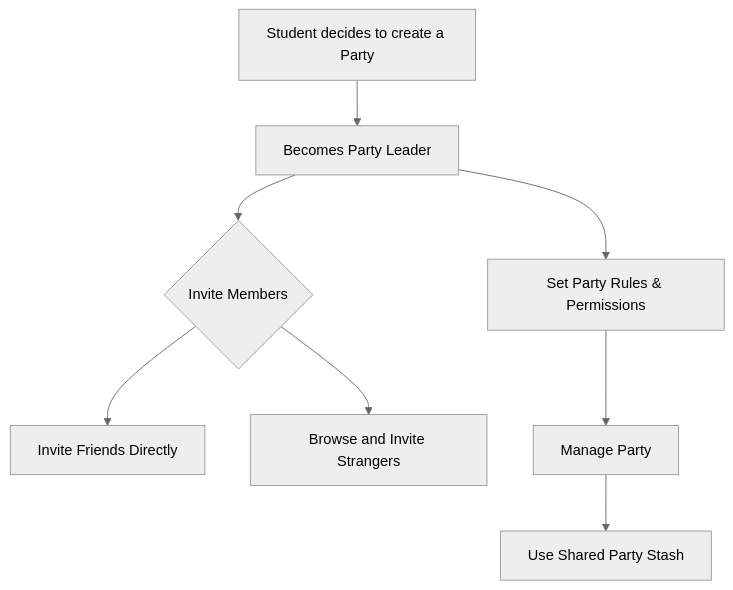
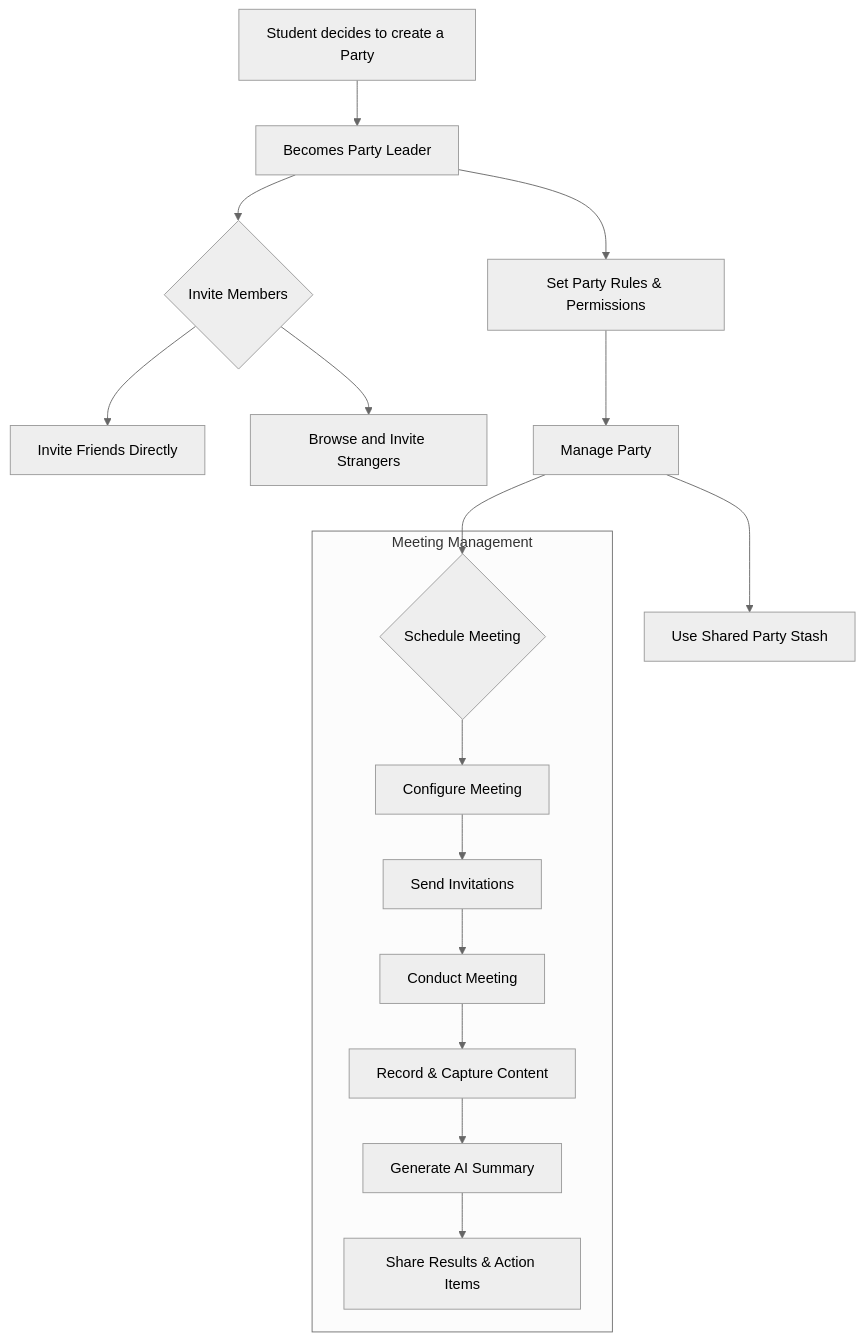
One commit to FA25SE050-RogueLearn/RogueLearn.BMAD.Documentation changed the fourth of 5 diagrams in docs/prd/user-flows.md. Above: the diagram before and after it, drawn with Mermaid (neutral theme). The commit also changed other lines of this file and 4 other files, not shown here.

Commit message:
feat: added meeting record and summary feature

````diff
--- a/docs/prd/user-flows.md
+++ b/docs/prd/user-flows.md
@@ -101,10 +104,20 @@
 ```mermaid
 graph TD
     A[Student decides to create a Party] --> B[Becomes Party Leader];
     B --> C[Set Party Rules & Permissions];
     B --> D{Invite Members};
     D --> E[Invite Friends Directly];
     D --> F[Browse and Invite Strangers];
     C --> G[Manage Party];
     G --> H[Use Shared Party Stash];
+    G --> I{Schedule Meeting};
+    
+    subgraph "Meeting Management"
+        I --> J[Configure Meeting];
+        J --> K[Send Invitations];
+        K --> L[Conduct Meeting];
+        L --> M[Record & Capture Content];
+        M --> N[Generate AI Summary];
+        N --> O[Share Results & Action Items];
+    end
 ```
````
